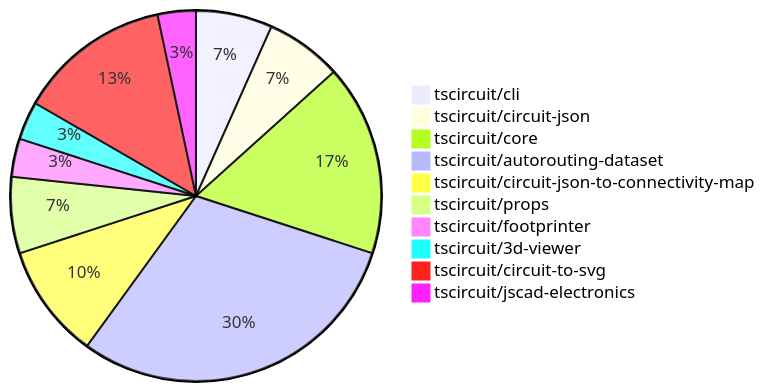
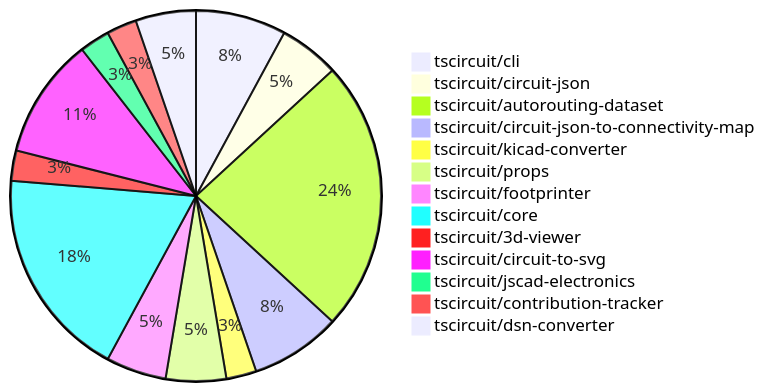
Before and after one commit to tscircuit/contribution-tracker: the diagram in README.md, drawn with Mermaid. The commit also changed other lines of this file and 1 other file, not shown here.

Commit message:
Update contribution overviews

````diff
--- a/README.md
+++ b/README.md
@@ -24,13 +24,16 @@
 ```mermaid
 pie
-    "tscircuit/cli" : 2
+    "tscircuit/cli" : 3
     "tscircuit/circuit-json" : 2
-    "tscircuit/core" : 5
     "tscircuit/autorouting-dataset" : 9
     "tscircuit/circuit-json-to-connectivity-map" : 3
+    "tscircuit/kicad-converter" : 1
     "tscircuit/props" : 2
-    "tscircuit/footprinter" : 1
+    "tscircuit/footprinter" : 2
+    "tscircuit/core" : 7
     "tscircuit/3d-viewer" : 1
     "tscircuit/circuit-to-svg" : 4
     "tscircuit/jscad-electronics" : 1
+    "tscircuit/contribution-tracker" : 1
+    "tscircuit/dsn-converter" : 2
 ```
````
